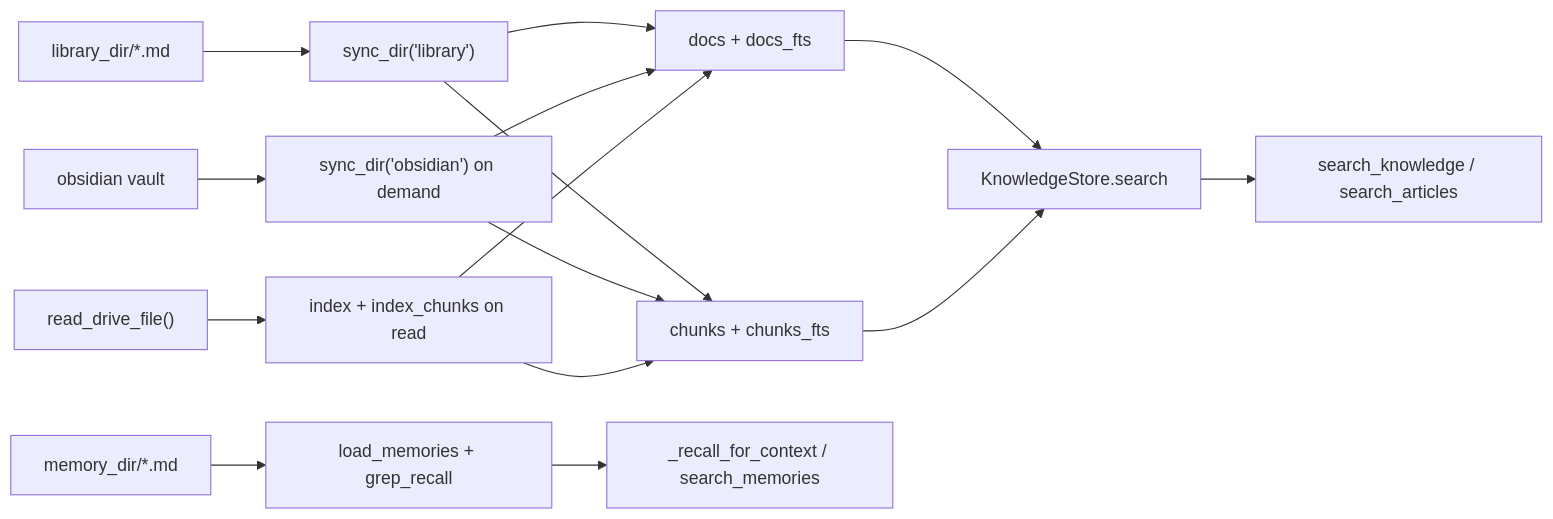
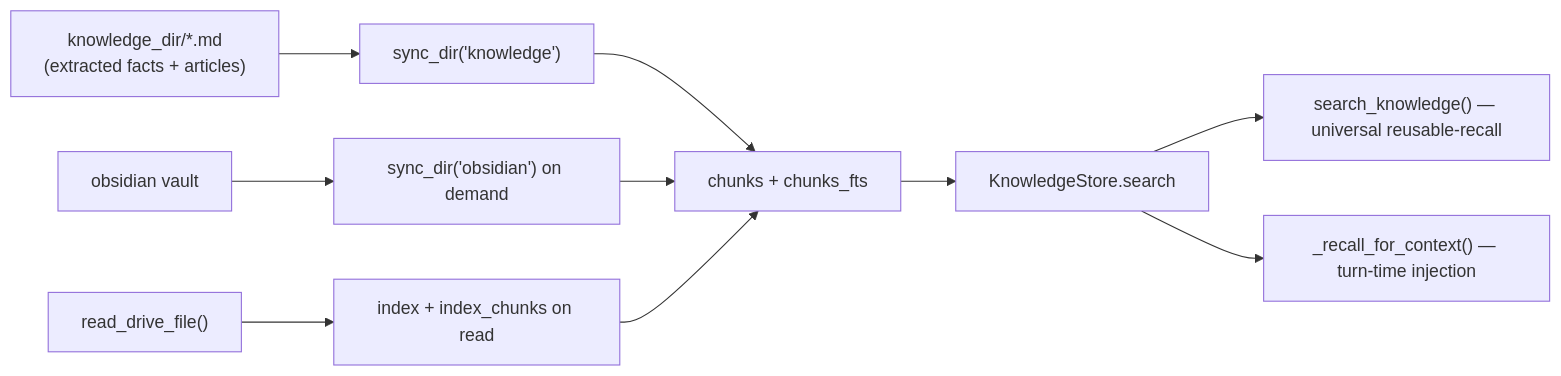
The second of 2 diagrams in docs/specs/context.md (binlecode/co-cli), drawn with Mermaid before and after one commit. The commit also changed other lines of this file and 7 other files, not shown here.

````diff
--- a/docs/specs/context.md
+++ b/docs/specs/context.md
@@ -274,20 +236,14 @@
 ```mermaid
 flowchart LR
-    Memories["memory_dir/*.md"] --> MemGrep["load_memories + grep_recall"]
-    Library["library_dir/*.md"] --> SyncLib["sync_dir('library')"]
+    Knowledge["knowledge_dir/*.md\n(extracted facts + articles)"] --> SyncKnowledge["sync_dir('knowledge')"]
     Obsidian["obsidian vault"] --> SyncObs["sync_dir('obsidian') on demand"]
     Drive["read_drive_file()"] --> CacheDrive["index + index_chunks on read"]
 
-    SyncLib --> Docs["docs + docs_fts"]
-    SyncObs --> Docs
-    CacheDrive --> Docs
-
-    SyncLib --> Chunks["chunks + chunks_fts"]
+    SyncKnowledge --> Chunks["chunks + chunks_fts"]
     SyncObs --> Chunks
     CacheDrive --> Chunks
 
-    MemGrep --> MemTools["_recall_for_context / search_memories"]
-    Docs --> Search["KnowledgeStore.search"]
-    Chunks --> Search
-    Search --> ArtTools["search_knowledge / search_articles"]
+    Chunks --> Search["KnowledgeStore.search"]
+    Search --> KnowledgeTools["search_knowledge() — universal reusable-recall"]
+    Search --> TurnRecall["_recall_for_context() — turn-time injection"]
 ```
````
